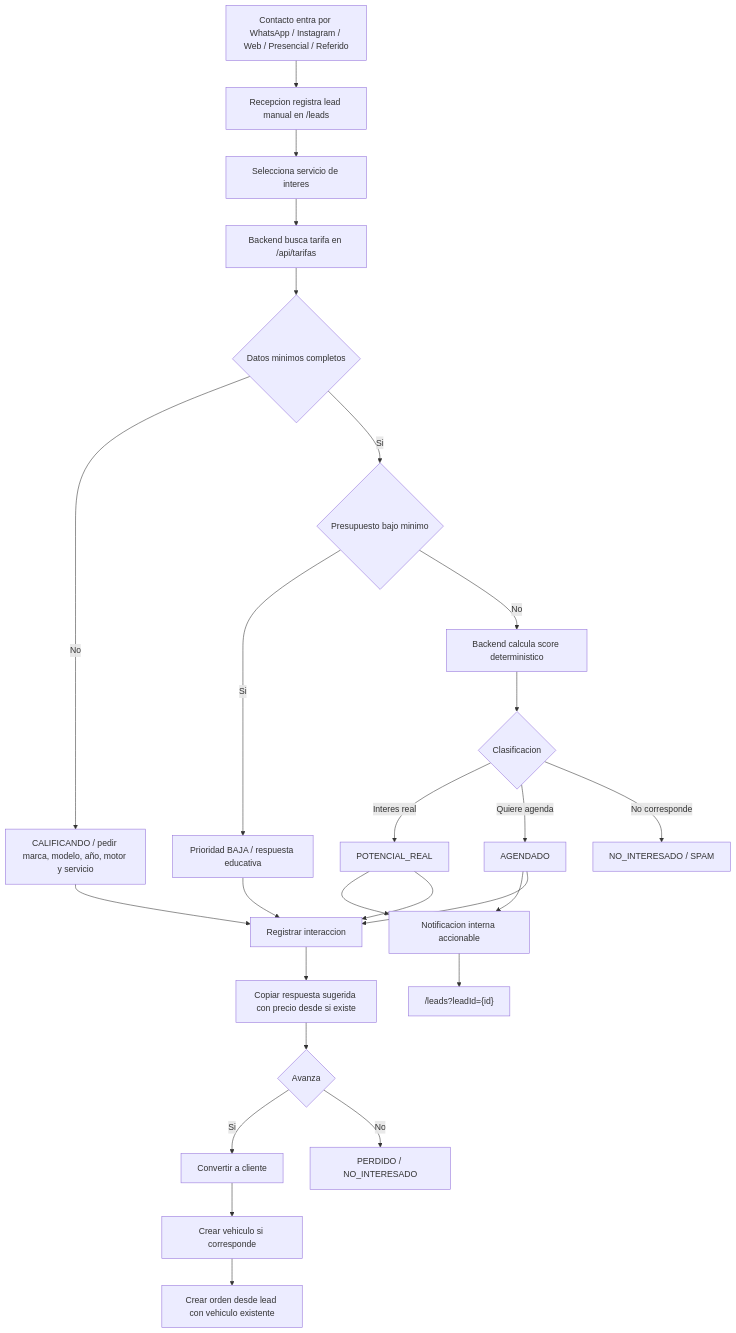
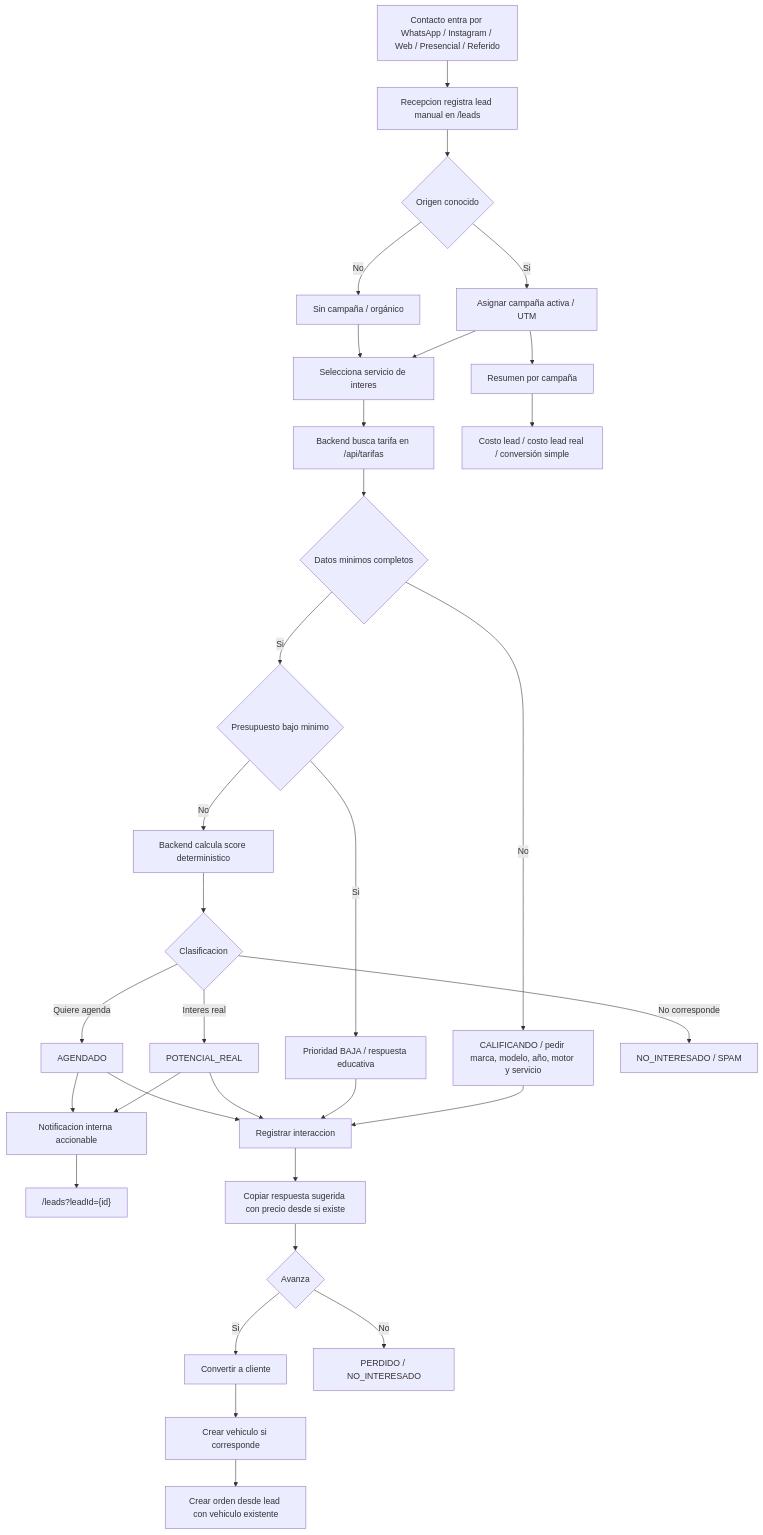
Diagram 20 of 23 in docs/DIAGRAMA_FLUJO_GMTCH_TUNE_OS.md (gastonmunoz-glitch/gmtch-tune), drawn with Mermaid before and after one commit. The commit also changed other lines of this file and 33 other files, not shown here.

````diff
--- a/docs/DIAGRAMA_FLUJO_GMTCH_TUNE_OS.md
+++ b/docs/DIAGRAMA_FLUJO_GMTCH_TUNE_OS.md
@@ -454,30 +483,36 @@
 ```mermaid
 flowchart TD
   A["Contacto entra por WhatsApp / Instagram / Web / Presencial / Referido"] --> B["Recepcion registra lead manual en /leads"]
-  B --> C["Selecciona servicio de interes"]
+  B --> B1{"Origen conocido"}
+  B1 -->|Si| B2["Asignar campaña activa / UTM"]
+  B1 -->|No| B3["Sin campaña / orgánico"]
+  B2 --> C["Selecciona servicio de interes"]
+  B3 --> C
   C --> C1["Backend busca tarifa en /api/tarifas"]
   C1 --> C2{"Datos minimos completos"}
   C2 -->|No| E["CALIFICANDO / pedir marca, modelo, año, motor y servicio"]
   C2 -->|Si| C3{"Presupuesto bajo minimo"}
   C3 -->|Si| E2["Prioridad BAJA / respuesta educativa"]
   C3 -->|No| C4["Backend calcula score deterministico"]
   C4 --> D{"Clasificacion"}
   D -->|Interes real| F["POTENCIAL_REAL"]
   D -->|Quiere agenda| G["AGENDADO"]
   D -->|No corresponde| H["NO_INTERESADO / SPAM"]
 
   F --> I["Notificacion interna accionable"]
   G --> I
   I --> J["/leads?leadId={id}"]
 
   E --> K["Registrar interaccion"]
   E2 --> K
   F --> K
   G --> K
   K --> L["Copiar respuesta sugerida con precio desde si existe"]
   L --> M{"Avanza"}
   M -->|Si| N["Convertir a cliente"]
   N --> O["Crear vehiculo si corresponde"]
   O --> P["Crear orden desde lead con vehiculo existente"]
   M -->|No| Q["PERDIDO / NO_INTERESADO"]
+  B2 --> R["Resumen por campaña"]
+  R --> S["Costo lead / costo lead real / conversión simple"]
 ```
````
